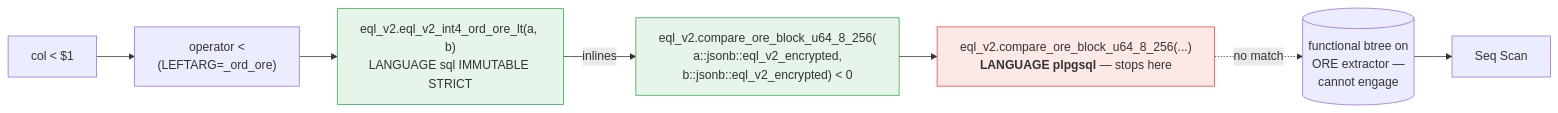
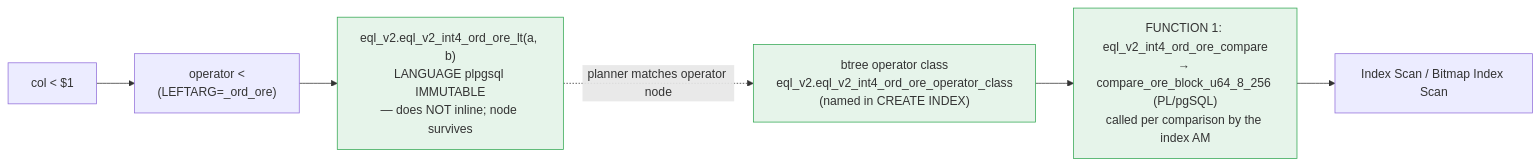
One commit to cipherstash/encrypt-query-language changed the fourth of 4 diagrams in docs/reference/encrypted-int4-walkthrough.md. Above: the diagram before and after it, drawn with Mermaid. The commit also changed other lines of this file and 11 other files, not shown here.

````diff
--- a/docs/reference/encrypted-int4-walkthrough.md
+++ b/docs/reference/encrypted-int4-walkthrough.md
@@ -127,14 +132,11 @@
 ```mermaid
 flowchart LR
   Q["col < $1"] --> OP["operator &lt;<br/>(LEFTARG=_ord_ore)"]
-  OP --> W["eql_v2.eql_v2_int4_ord_ore_lt(a, b)<br/>LANGUAGE sql IMMUTABLE STRICT"]
-  W -- inlines --> CMP["eql_v2.compare_ore_block_u64_8_256(<br/>a::jsonb::eql_v2_encrypted,<br/>b::jsonb::eql_v2_encrypted) &lt; 0"]
-  CMP --> PLPGSQL["eql_v2.compare_ore_block_u64_8_256(...)<br/><b>LANGUAGE plpgsql</b> — stops here"]
-  PLPGSQL -. no match .-> NOIDX[(functional btree on<br/>ORE extractor —<br/>cannot engage)]
-  NOIDX --> PLAN[Seq Scan]
+  OP --> W["eql_v2.eql_v2_int4_ord_ore_lt(a, b)<br/>LANGUAGE plpgsql IMMUTABLE<br/>— does NOT inline; node survives"]
+  W -. planner matches operator node .-> OC["btree operator class<br/>eql_v2.eql_v2_int4_ord_ore_operator_class<br/>(named in CREATE INDEX)"]
+  OC --> CMP["FUNCTION 1: eql_v2_int4_ord_ore_compare<br/>→ compare_ore_block_u64_8_256 (PL/pgSQL)<br/>called per comparison by the index AM"]
+  CMP --> PLAN[Index Scan / Bitmap Index Scan]
 
-  classDef inline fill:#e6f4ea,stroke:#34a853;
-  classDef plpgsql fill:#fce8e6,stroke:#ea4335;
-  class W,CMP inline;
-  class PLPGSQL plpgsql;
+  classDef opclass fill:#e6f4ea,stroke:#34a853;
+  class W,OC,CMP opclass;
 ```
````
